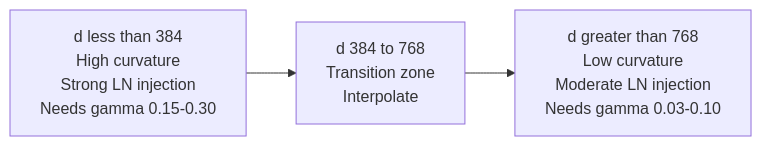
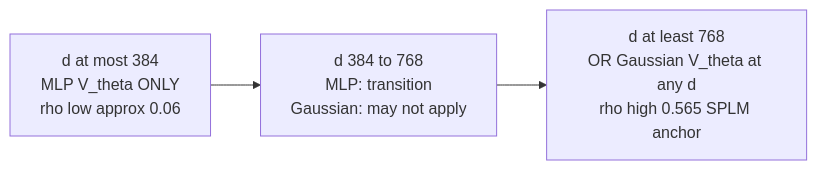
One commit to dimitarpg13/semsimula-paper changed the second of 5 diagrams in companion_notes/Determining_optimal_gamma_for_Fock-PARFLM.md. Above: the diagram before and after it, drawn with Mermaid. The commit also changed other lines of this file, not shown here.

Commit message:
update markdown with latest gamma sweep results

````diff
--- a/companion_notes/Determining_optimal_gamma_for_Fock-PARFLM.md
+++ b/companion_notes/Determining_optimal_gamma_for_Fock-PARFLM.md
@@ -185,9 +193,9 @@
 ```mermaid
 flowchart LR
-    LOW["d less than 384<br>High curvature<br>Strong LN injection<br>Needs gamma 0.15-0.30"]
-    MID["d 384 to 768<br>Transition zone<br>Interpolate"]
-    HIGH["d greater than 768<br>Low curvature<br>Moderate LN injection<br>Needs gamma 0.03-0.10"]
+    LOW["d at most 384<br>MLP V_theta ONLY<br>rho low approx 0.06"]
+    MID["d 384 to 768<br>MLP: transition<br>Gaussian: may not apply"]
+    HIGH["d at least 768<br>OR Gaussian V_theta at any d<br>rho high 0.565 SPLM anchor"]
 
     LOW --> MID
     MID --> HIGH
 ```
````
